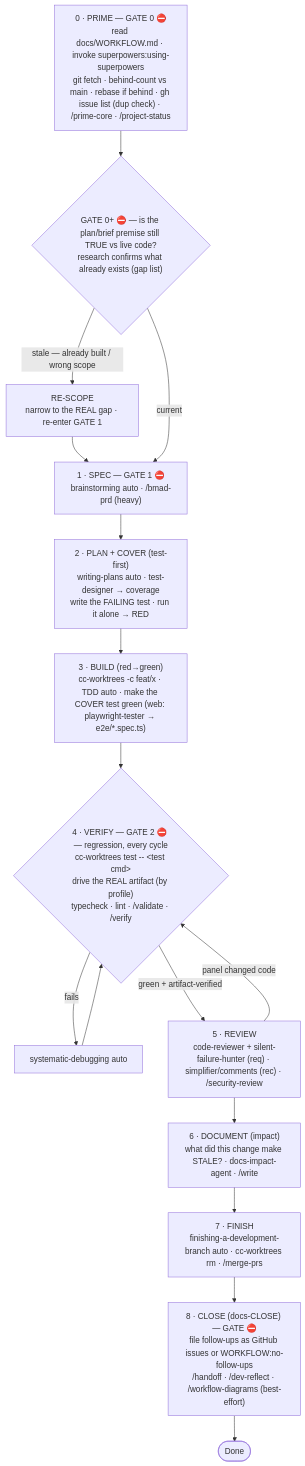
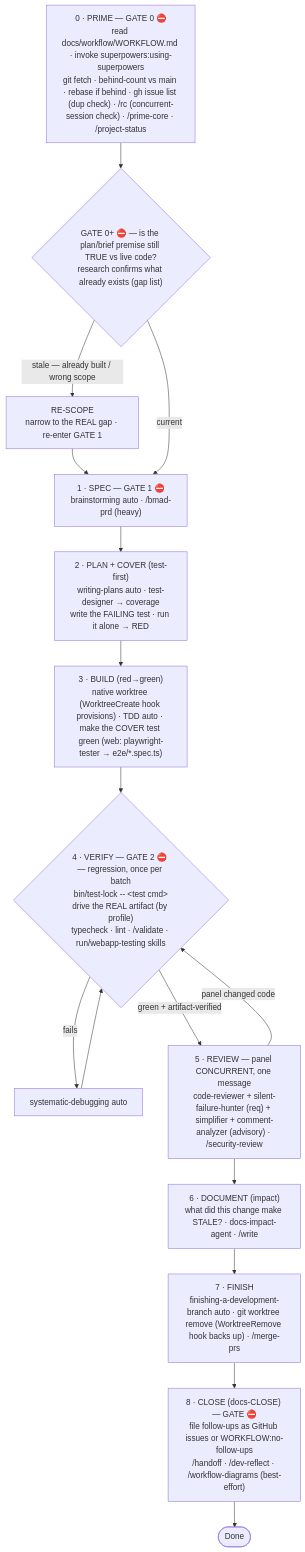
Before and after one commit to HenriGeorge/AutoCue: the first of 2 diagrams in .claude/rules/workflow.md, drawn with Mermaid. The commit also changed other lines of this file and 60 other files, not shown here.

````diff
--- a/.claude/rules/workflow.md
+++ b/.claude/rules/workflow.md
@@ -40,20 +43,20 @@
 ```mermaid
 flowchart TD
-    P0["0 · PRIME — GATE 0 ⛔<br/>read docs/WORKFLOW.md · invoke superpowers:using-superpowers<br/>git fetch · behind-count vs main · rebase if behind · gh issue list (dup check) · /prime-core · /project-status"] --> G0
+    P0["0 · PRIME — GATE 0 ⛔<br/>read docs/workflow/WORKFLOW.md · invoke superpowers:using-superpowers<br/>git fetch · behind-count vs main · rebase if behind · gh issue list (dup check) · /rc (concurrent-session check) · /prime-core · /project-status"] --> G0
     G0{"GATE 0+ ⛔ — is the plan/brief premise still TRUE vs live code?<br/>research confirms what already exists (gap list)"}
     G0 -->|"stale — already built / wrong scope"| RS["RE-SCOPE<br/>narrow to the REAL gap · re-enter GATE 1"]
     RS --> P1
     G0 -->|"current"| P1
     P1["1 · SPEC — GATE 1 ⛔<br/>brainstorming auto · /bmad-prd (heavy)"] --> P2
     P2["2 · PLAN + COVER (test-first)<br/>writing-plans auto · test-designer → coverage<br/>write the FAILING test · run it alone → RED"] --> P3
-    P3["3 · BUILD (red→green)<br/>cc-worktrees -c feat/x · TDD auto · make the COVER test green (web: playwright-tester → e2e/*.spec.ts)"] --> P4
-    P4{"4 · VERIFY — GATE 2 ⛔ — regression, every cycle<br/>cc-worktrees test -- &lt;test cmd&gt;<br/>drive the REAL artifact (by profile)<br/>typecheck · lint · /validate · /verify"}
+    P3["3 · BUILD (red→green)<br/>native worktree (WorktreeCreate hook provisions) · TDD auto · make the COVER test green (web: playwright-tester → e2e/*.spec.ts)"] --> P4
+    P4{"4 · VERIFY — GATE 2 ⛔ — regression, once per batch<br/>bin/test-lock -- &lt;test cmd&gt;<br/>drive the REAL artifact (by profile)<br/>typecheck · lint · /validate · run/webapp-testing skills"}
     P4 -->|fails| DBG["systematic-debugging auto"]
     DBG --> P4
-    P4 -->|"green + artifact-verified"| P5["5 · REVIEW<br/>code-reviewer + silent-failure-hunter (req) · simplifier/comments (rec) · /security-review"]
+    P4 -->|"green + artifact-verified"| P5["5 · REVIEW — panel CONCURRENT, one message<br/>code-reviewer + silent-failure-hunter (req) + simplifier + comment-analyzer (advisory) · /security-review"]
     P5 -->|"panel changed code"| P4
     P5 --> P6["6 · DOCUMENT (impact)<br/>what did this change make STALE? · docs-impact-agent · /write"]
-    P6 --> P7["7 · FINISH<br/>finishing-a-development-branch auto · cc-worktrees rm · /merge-prs"]
+    P6 --> P7["7 · FINISH<br/>finishing-a-development-branch auto · git worktree remove (WorktreeRemove hook backs up) · /merge-prs"]
     P7 --> P8["8 · CLOSE (docs-CLOSE) — GATE ⛔<br/>file follow-ups as GitHub issues or WORKFLOW:no-follow-ups<br/>/handoff · /dev-reflect · /workflow-diagrams (best-effort)"]
     P8 --> Done([Done])
 ```
````
